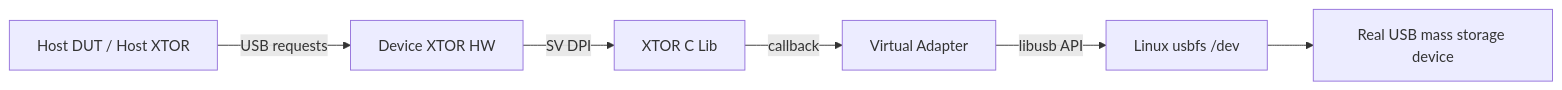
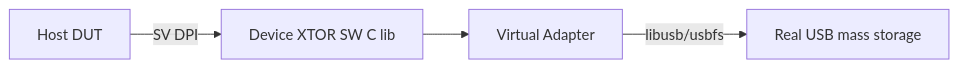
Before and after one commit to nemo99007/yt-paper: the diagram in docs/papers/ref-20261018-5443-leverage-real-usb-devices-for-usb-host-dut-verification.md, drawn with Mermaid. The commit also changed other lines of this file and 172 other files, not shown here.

````diff
--- a/docs/papers/ref-20261018-5443-leverage-real-usb-devices-for-usb-host-dut-verification.md
+++ b/docs/papers/ref-20261018-5443-leverage-real-usb-devices-for-usb-host-dut-verification.md
@@ -199,8 +199,6 @@
 ```mermaid
 flowchart LR
-  HostDUT[Host DUT / Host XTOR] -->|USB requests| DevHW[Device XTOR HW]
-  DevHW -->|SV DPI| CLib[XTOR C Lib]
-  CLib -->|callback| VA[Virtual Adapter]
-  VA -->|libusb API| usbfs[Linux usbfs /dev]
-  usbfs --> Stick[Real USB mass storage device]
+  DUT[Host DUT] --SV DPI--> XTOR[Device XTOR SW C lib]
+  XTOR --> VA[Virtual Adapter]
+  VA --libusb/usbfs--> DEV[Real USB mass storage]
 ```
````
